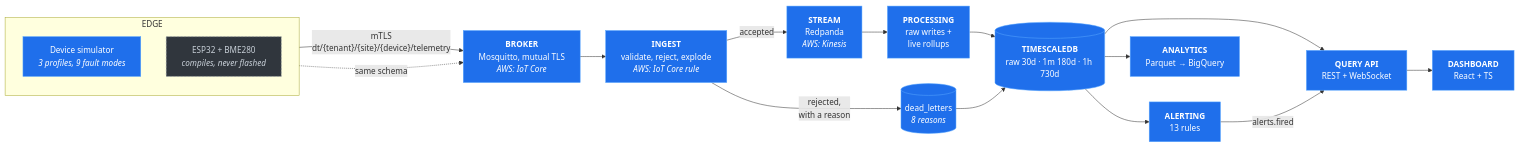
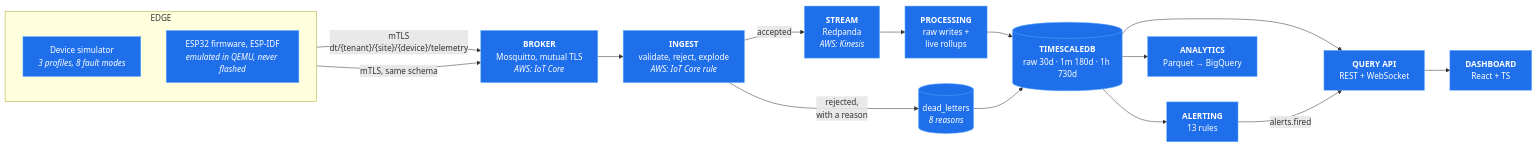
Before and after one commit to CGainsWorks/sw-iot-telemetry-platform: the diagram in README.md, drawn with Mermaid. The commit also changed other lines of this file and 4 other files, not shown here.

````diff
--- a/README.md
+++ b/README.md
@@ -8,38 +8,37 @@
 ```mermaid
 flowchart LR
     subgraph edge["EDGE"]
         direction TB
-        SIM["Device simulator<br/><i>3 profiles, 9 fault modes</i>"]
-        FW["ESP32 + BME280<br/><i>compiles, never flashed</i>"]
+        SIM["Device simulator<br/><i>3 profiles, 8 fault modes</i>"]
+        FW["ESP32 firmware, ESP-IDF<br/><i>emulated in QEMU, never flashed</i>"]
     end
 
     BROKER["<b>BROKER</b><br/>Mosquitto, mutual TLS<br/><i>AWS: IoT Core</i>"]
     INGEST["<b>INGEST</b><br/>validate, reject, explode<br/><i>AWS: IoT Core rule</i>"]
     STREAM["<b>STREAM</b><br/>Redpanda<br/><i>AWS: Kinesis</i>"]
     PROC["<b>PROCESSING</b><br/>raw writes +<br/>live rollups"]
     DB[("<b>TIMESCALEDB</b><br/>raw 30d · 1m 180d · 1h 730d")]
     API["<b>QUERY API</b><br/>REST + WebSocket"]
     ALERT["<b>ALERTING</b><br/>13 rules"]
     WEB["<b>DASHBOARD</b><br/>React + TS"]
     DLQ[("dead_letters<br/><i>8 reasons</i>")]
     BQ["<b>ANALYTICS</b><br/>Parquet → BigQuery"]
 
     SIM -->|"mTLS<br/>dt/{tenant}/{site}/{device}/telemetry"| BROKER
-    FW -.->|"same schema"| BROKER
+    FW -->|"mTLS, same schema"| BROKER
     BROKER --> INGEST
     INGEST -->|accepted| STREAM
     INGEST -->|"rejected,<br/>with a reason"| DLQ
     STREAM --> PROC
     PROC --> DB
     DB --> API
     DB --> ALERT
     DLQ --> DB
     ALERT -->|alerts.fired| API
     API --> WEB
     DB --> BQ
 
     classDef built fill:#1f6feb,stroke:#58a6ff,color:#fff
     classDef unbuilt fill:#30363d,stroke:#8b949e,color:#c9d1d9,stroke-dasharray: 4 3
-    class SIM,BROKER,INGEST,STREAM,PROC,DB,API,ALERT,WEB,DLQ,BQ built
-    class FW unbuilt
+    class SIM,FW,BROKER,INGEST,STREAM,PROC,DB,API,ALERT,WEB,DLQ,BQ built
 ```
````
